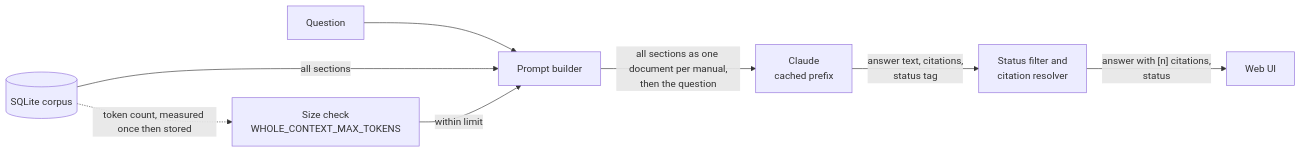
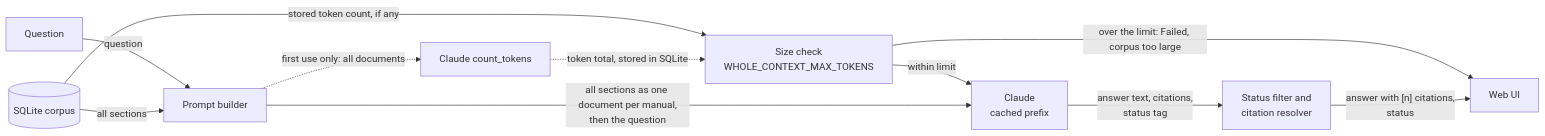
The diagram in uma/static/diagrams/whole_context-flow.mmd (belaboros/UserManualAssistant), drawn with Mermaid before and after one commit. The commit also changed 6 other files, not shown here.

Commit message:
docs: correct RAG, agentic and whole-context diagrams after review

```diff
--- a/uma/static/diagrams/whole_context-flow.mmd
+++ b/uma/static/diagrams/whole_context-flow.mmd
@@ -1,8 +1,11 @@
 flowchart LR
-    Q["Question"] --> P["Prompt builder"]
+    Q["Question"] -->|"question"| P["Prompt builder"]
     DB[("SQLite corpus")] -->|"all sections"| P
-    P -->|"all sections as one document per manual,<br/>then the question"| C["Claude<br/>cached prefix"]
-    DB -.->|"token count, measured once then stored"| G["Size check<br/>WHOLE_CONTEXT_MAX_TOKENS"]
-    G -->|"within limit"| P
+    DB -->|"stored token count, if any"| G["Size check<br/>WHOLE_CONTEXT_MAX_TOKENS"]
+    P -.->|"first use only: all documents"| K["Claude count_tokens"]
+    K -.->|"token total, stored in SQLite"| G
+    G -->|"over the limit: Failed, corpus too large"| UI["Web UI"]
+    G -->|"within limit"| C["Claude<br/>cached prefix"]
+    P -->|"all sections as one document per manual,<br/>then the question"| C
     C -->|"answer text, citations,<br/>status tag"| F["Status filter and<br/>citation resolver"]
-    F -->|"answer with [n] citations,<br/>status"| UI["Web UI"]
+    F -->|"answer with [n] citations,<br/>status"| UI
```
